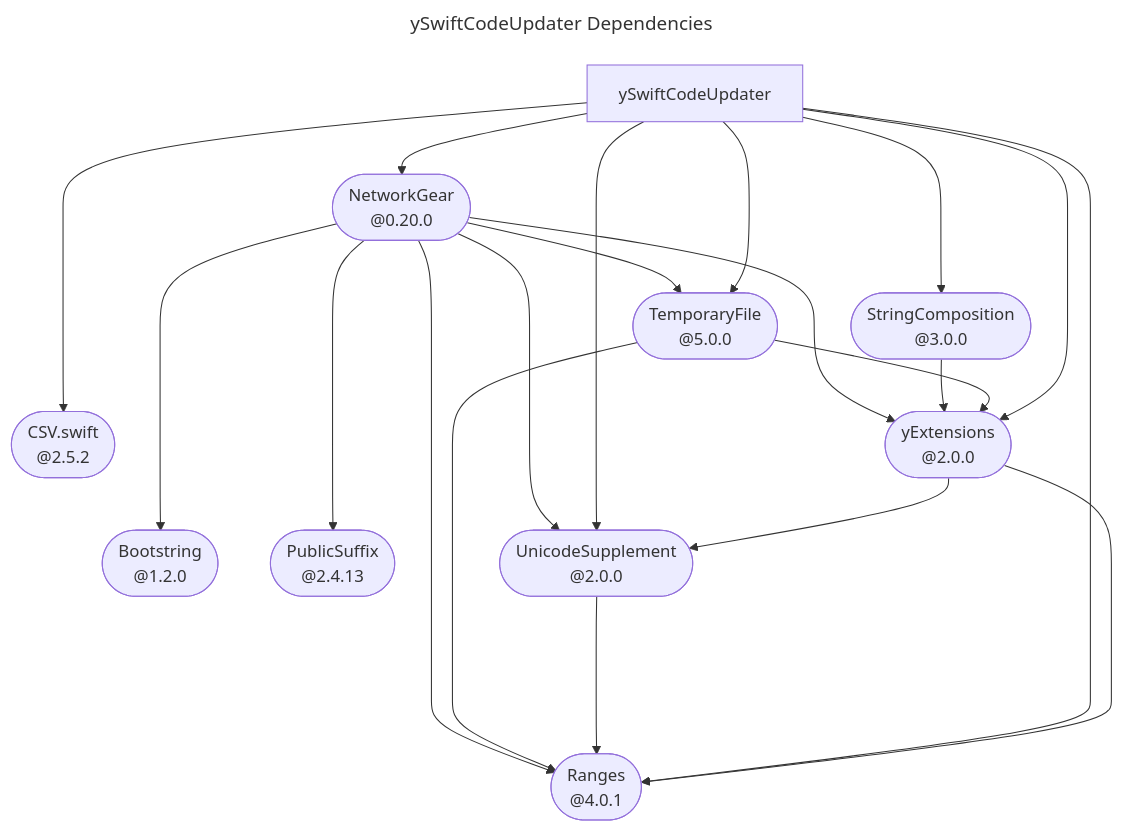
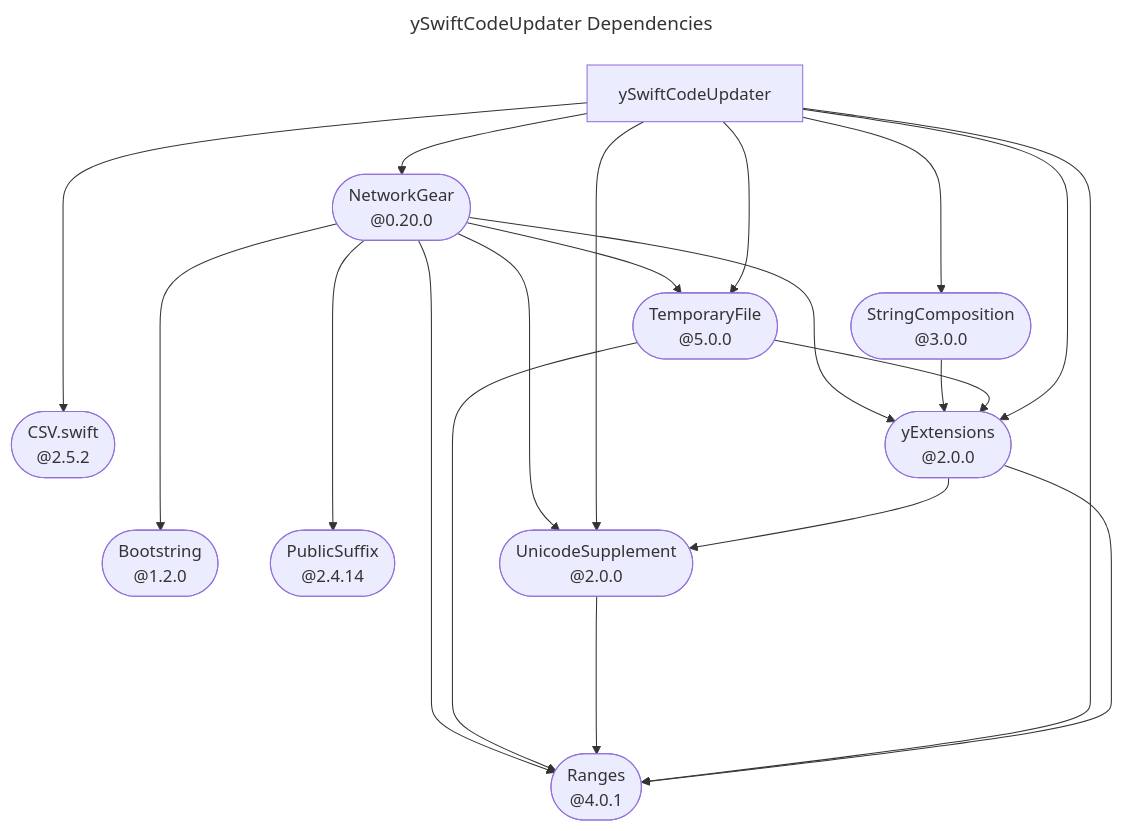
Before and after one commit to YOCKOW/ySwiftCodeUpdater: the diagram in README.md, drawn with Mermaid.

Commit message:
Update "./README.md".
This commit is done by the workflow in [SwiftPackageHelperTools](https://GitHub.com/YOCKOW/SwiftPackageHelperTools.git).
- UUID: 3fd648f0-cd8d-4999-96b6-3928c79b359b
- Date: 2026-03-30 06:48:28+0000

````diff
--- a/README.md
+++ b/README.md
@@ -15,48 +15,48 @@
 ```mermaid
 ---
 title: ySwiftCodeUpdater Dependencies
 ---
 flowchart TD
   csv.swift(["CSV.swift<br>@2.5.2"])
   swiftbootstring(["Bootstring<br>@1.2.0"])
   swiftnetworkgear(["NetworkGear<br>@0.20.0"])
-  swiftpublicsuffix(["PublicSuffix<br>@2.4.13"])
+  swiftpublicsuffix(["PublicSuffix<br>@2.4.14"])
   swiftranges(["Ranges<br>@4.0.1"])
   swiftstringcomposition(["StringComposition<br>@3.0.0"])
   swifttemporaryfile(["TemporaryFile<br>@5.0.0"])
   swiftunicodesupplement(["UnicodeSupplement<br>@2.0.0"])
   yswiftcodeupdater["ySwiftCodeUpdater"]
   yswiftextensions(["yExtensions<br>@2.0.0"])
 
   click csv.swift href "https://github.com/YOCKOW/CSV.swift.git"
   click swiftbootstring href "https://github.com/YOCKOW/SwiftBootstring.git"
   click swiftnetworkgear href "https://github.com/YOCKOW/SwiftNetworkGear.git"
   click swiftpublicsuffix href "https://github.com/YOCKOW/SwiftPublicSuffix.git"
   click swiftranges href "https://github.com/YOCKOW/SwiftRanges.git"
   click swiftstringcomposition href "https://github.com/YOCKOW/SwiftStringComposition.git"
   click swifttemporaryfile href "https://github.com/YOCKOW/SwiftTemporaryFile.git"
   click swiftunicodesupplement href "https://github.com/YOCKOW/SwiftUnicodeSupplement.git"
   click yswiftextensions href "https://github.com/YOCKOW/ySwiftExtensions.git"
 
   swiftnetworkgear ----> swiftbootstring
   swiftnetworkgear ----> swiftpublicsuffix
   swiftnetworkgear ----> swiftranges
   swiftnetworkgear --> swifttemporaryfile
   swiftnetworkgear --> swiftunicodesupplement
   swiftnetworkgear --> yswiftextensions
   swiftstringcomposition --> yswiftextensions
   swifttemporaryfile ----> swiftranges
   swifttemporaryfile --> yswiftextensions
   swiftunicodesupplement ----> swiftranges
   yswiftcodeupdater ----> csv.swift
   yswiftcodeupdater --> swiftnetworkgear
   yswiftcodeupdater ----> swiftranges
   yswiftcodeupdater --> swiftstringcomposition
   yswiftcodeupdater --> swifttemporaryfile
   yswiftcodeupdater --> swiftunicodesupplement
   yswiftcodeupdater --> yswiftextensions
   yswiftextensions ----> swiftranges
   yswiftextensions --> swiftunicodesupplement
 
 
 ```
````
